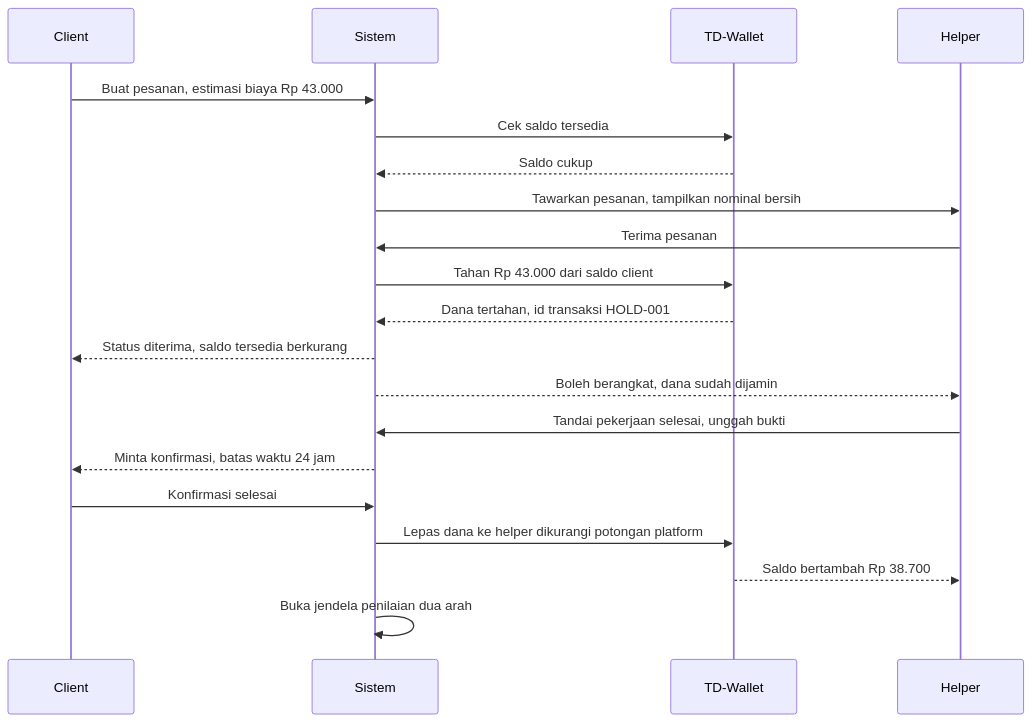
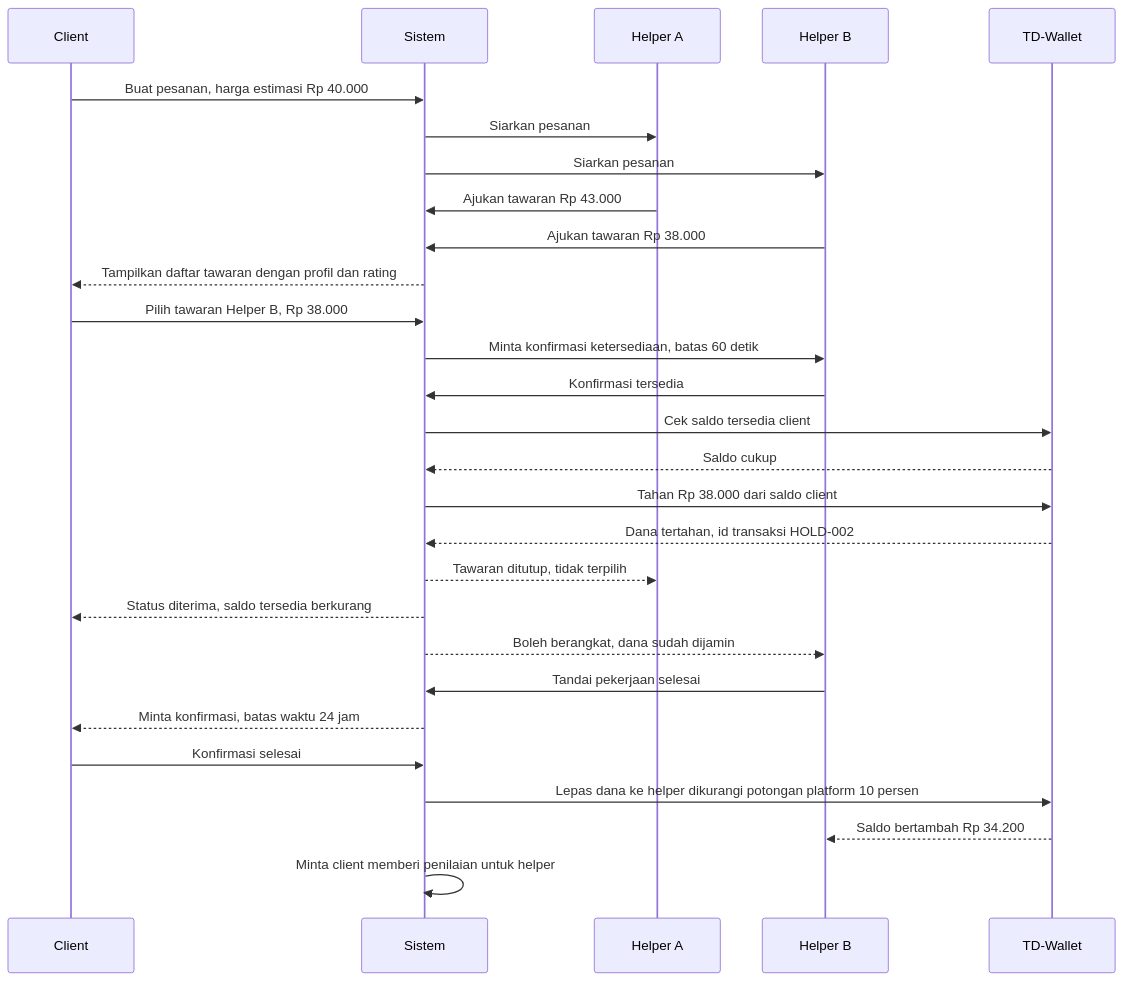
One commit to kaisaaru/tolongindong changed the first of 2 diagrams in docs/04_dual-role-transaction-analysis.md. Above: the diagram before and after it, drawn with Mermaid. The commit also changed other lines of this file and 10 other files, not shown here.

````diff
--- a/docs/04_dual-role-transaction-analysis.md
+++ b/docs/04_dual-role-transaction-analysis.md
@@ -39,23 +41,31 @@
 ```mermaid
 sequenceDiagram
     participant C as Client
     participant S as Sistem
+    participant H1 as Helper A
+    participant H2 as Helper B
     participant W as TD-Wallet
-    participant H as Helper
 
-    C->>S: Buat pesanan, estimasi biaya Rp 43.000
-    S->>W: Cek saldo tersedia
+    C->>S: Buat pesanan, harga estimasi Rp 40.000
+    S->>H1: Siarkan pesanan
+    S->>H2: Siarkan pesanan
+    H1->>S: Ajukan tawaran Rp 43.000
+    H2->>S: Ajukan tawaran Rp 38.000
+    S-->>C: Tampilkan daftar tawaran dengan profil dan rating
+    C->>S: Pilih tawaran Helper B, Rp 38.000
+    S->>H2: Minta konfirmasi ketersediaan, batas 60 detik
+    H2->>S: Konfirmasi tersedia
+    S->>W: Cek saldo tersedia client
     W-->>S: Saldo cukup
-    S->>H: Tawarkan pesanan, tampilkan nominal bersih
-    H->>S: Terima pesanan
-    S->>W: Tahan Rp 43.000 dari saldo client
-    W-->>S: Dana tertahan, id transaksi HOLD-001
+    S->>W: Tahan Rp 38.000 dari saldo client
+    W-->>S: Dana tertahan, id transaksi HOLD-002
+    S-->>H1: Tawaran ditutup, tidak terpilih
     S-->>C: Status diterima, saldo tersedia berkurang
-    S-->>H: Boleh berangkat, dana sudah dijamin
-    H->>S: Tandai pekerjaan selesai, unggah bukti
+    S-->>H2: Boleh berangkat, dana sudah dijamin
+    H2->>S: Tandai pekerjaan selesai
     S-->>C: Minta konfirmasi, batas waktu 24 jam
     C->>S: Konfirmasi selesai
-    S->>W: Lepas dana ke helper dikurangi potongan platform
-    W-->>H: Saldo bertambah Rp 38.700
-    S->>S: Buka jendela penilaian dua arah
+    S->>W: Lepas dana ke helper dikurangi potongan platform 10 persen
+    W-->>H2: Saldo bertambah Rp 34.200
+    S->>S: Minta client memberi penilaian untuk helper
 ```
````
